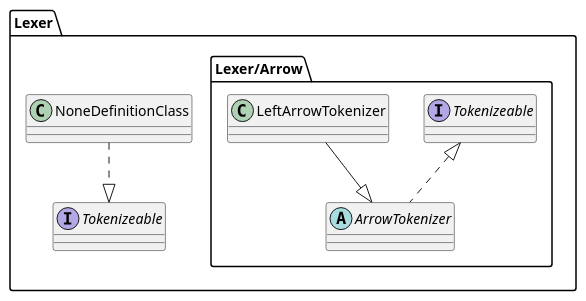
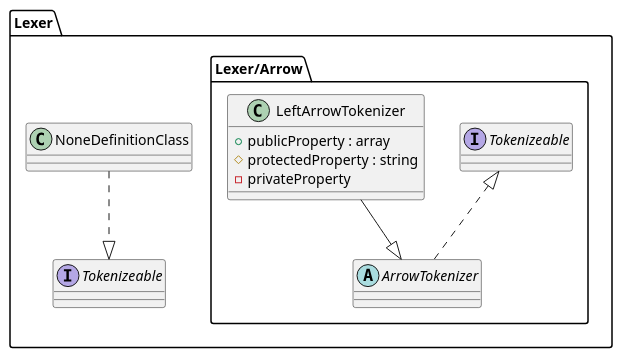
Before and after one commit to tasuku43/puml-parser-php: the diagram in README.md, drawn with PlantUML. The commit also changed other lines of this file and 2 other files, not shown here.

````diff
--- a/README.md
+++ b/README.md
@@ -13,14 +13,18 @@
 ```puml
 @startuml
 package Lexer {
     interface Tokenizeable
     package Lexer/Arrow {
         abstract class ArrowTokenizer implements Tokenizeable
-        class LeftArrowTokenizer
+        class LeftArrowTokenizer {
+            + publicProperty : array
+            # protectedProperty : string
+            - privateProperty
+        }
     }
 
     LeftArrowTokenizer--|>ArrowTokenizer
     NoneDefinitionClass ..|> Tokenizeable
 }
 @enduml
 ```
````
